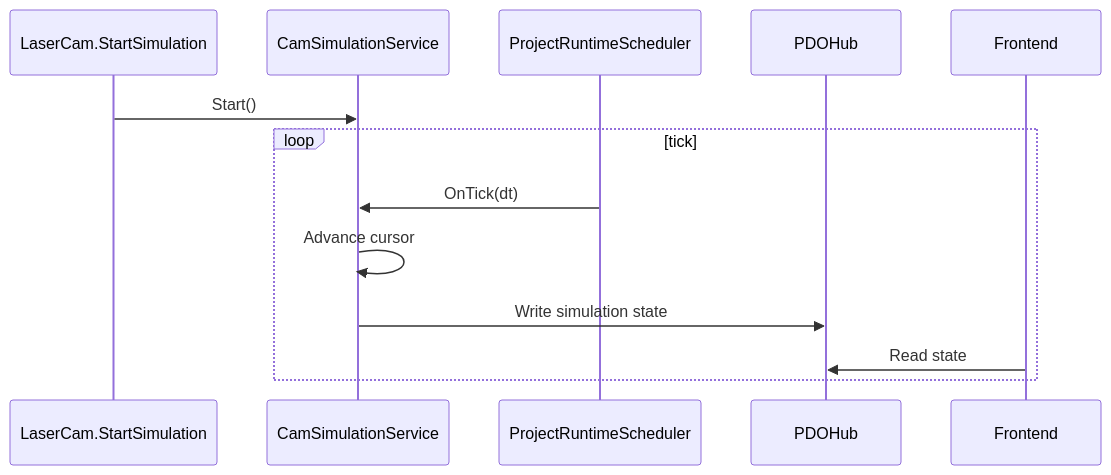
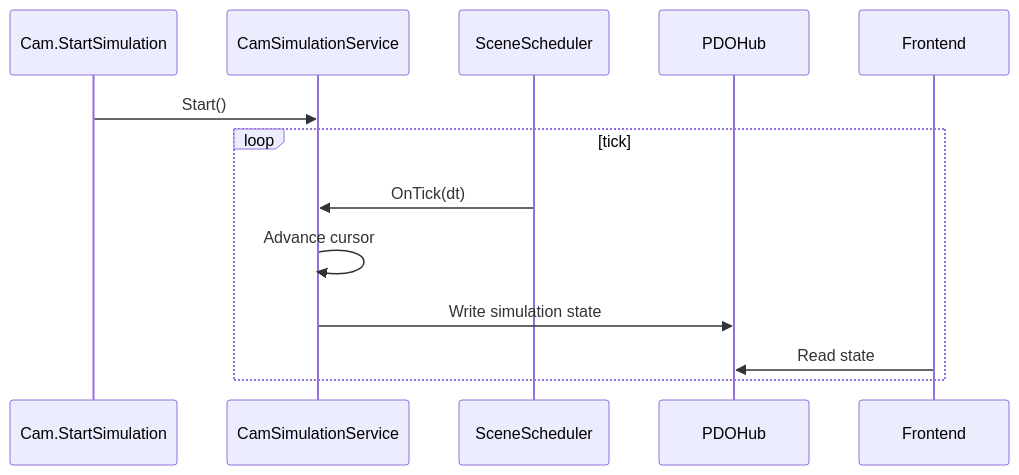
One commit to penguinchiang0609-ui/iCAX changed the diagram in doc/iCAX-Engine/Products/Laser3DCAM/详细设计/12-CAM机械仿真.md. Above: the diagram before and after it, drawn with Mermaid. The commit also changed 35358 other files, not shown here.

````diff
--- a/doc/iCAX-Engine/Products/Laser3DCAM/详细设计/12-CAM机械仿真.md
+++ b/doc/iCAX-Engine/Products/Laser3DCAM/详细设计/12-CAM机械仿真.md
@@ -139,16 +139,16 @@
 ```mermaid
 sequenceDiagram
-    participant Cmd as LaserCam.StartSimulation
+    participant Cmd as Cam.StartSimulation
     participant Sim as CamSimulationService
-    participant Scheduler as ProjectRuntimeScheduler
+    participant Scheduler as SceneScheduler
     participant PDO as PDOHub
     participant UI as Frontend
 
     Cmd->>Sim: Start()
     loop tick
         Scheduler->>Sim: OnTick(dt)
         Sim->>Sim: Advance cursor
         Sim->>PDO: Write simulation state
         UI->>PDO: Read state
     end
 ```
````
